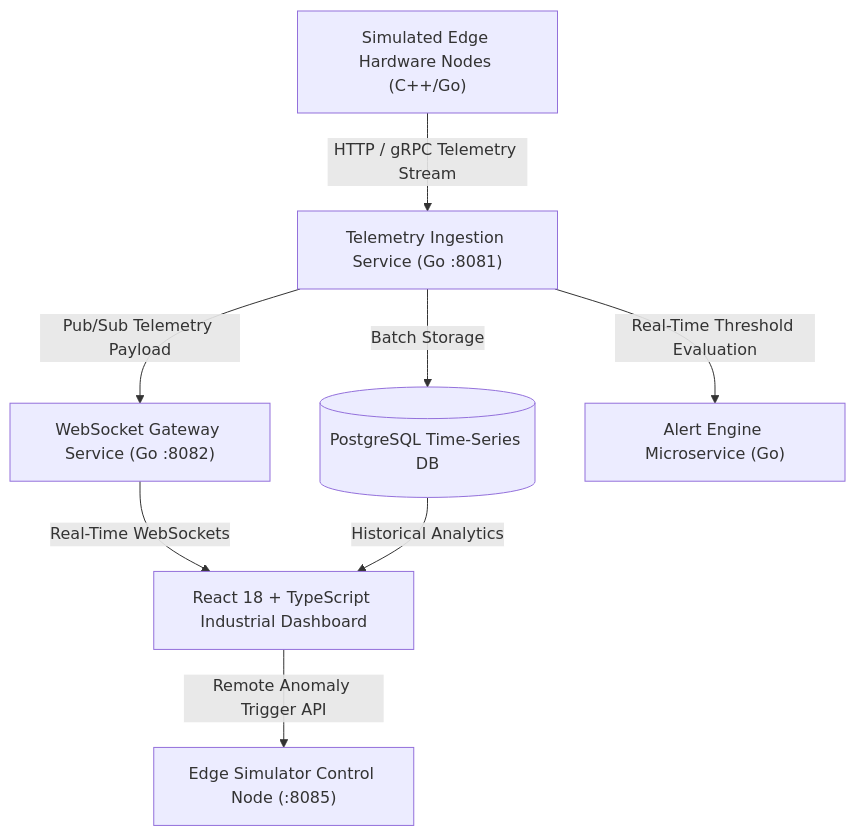
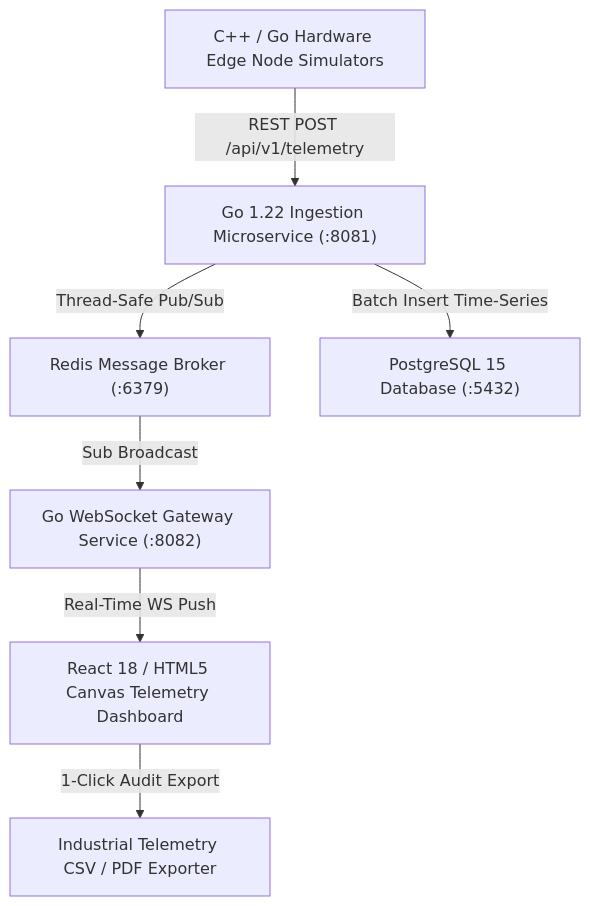
One commit to yaya2127/nexus-iot-edge-platform changed the diagram in README.md. Above: the diagram before and after it, drawn with Mermaid. The commit also changed other lines of this file, not shown here.

Commit message:
docs(readme): update NexusIoT documentation with architecture diagrams, CSV exporter, and CI status badge

````diff
--- a/README.md
+++ b/README.md
@@ -16,10 +17,9 @@
 ```mermaid
 graph TD
-    A["Simulated Edge Hardware Nodes (C++/Go)"] -->|HTTP / gRPC Telemetry Stream| B["Telemetry Ingestion Service (Go :8081)"]
-    B -->|Batch Storage| C[("PostgreSQL Time-Series DB")]
-    B -->|Pub/Sub Telemetry Payload| D["WebSocket Gateway Service (Go :8082)"]
-    B -->|Real-Time Threshold Evaluation| E["Alert Engine Microservice (Go)"]
-    D -->|Real-Time WebSockets| F["React 18 + TypeScript Industrial Dashboard"]
-    C -->|Historical Analytics| F
-    F -->|Remote Anomaly Trigger API| G["Edge Simulator Control Node (:8085)"]
+    A["C++ / Go Hardware Edge Node Simulators"] -->|REST POST /api/v1/telemetry| B["Go 1.22 Ingestion Microservice (:8081)"]
+    B -->|Thread-Safe Pub/Sub| C["Redis Message Broker (:6379)"]
+    B -->|Batch Insert Time-Series| D["PostgreSQL 15 Database (:5432)"]
+    C -->|Sub Broadcast| E["Go WebSocket Gateway Service (:8082)"]
+    E -->|Real-Time WS Push| F["React 18 / HTML5 Canvas Telemetry Dashboard"]
+    F -->|1-Click Audit Export| G["Industrial Telemetry CSV / PDF Exporter"]
 ```
````
